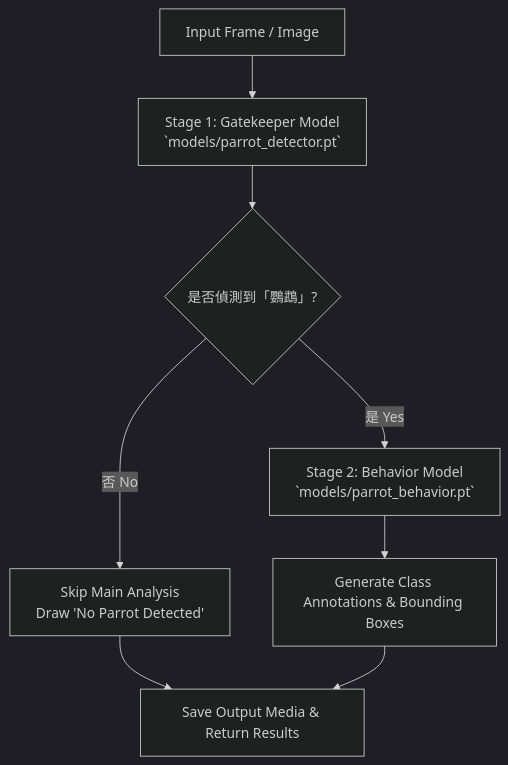
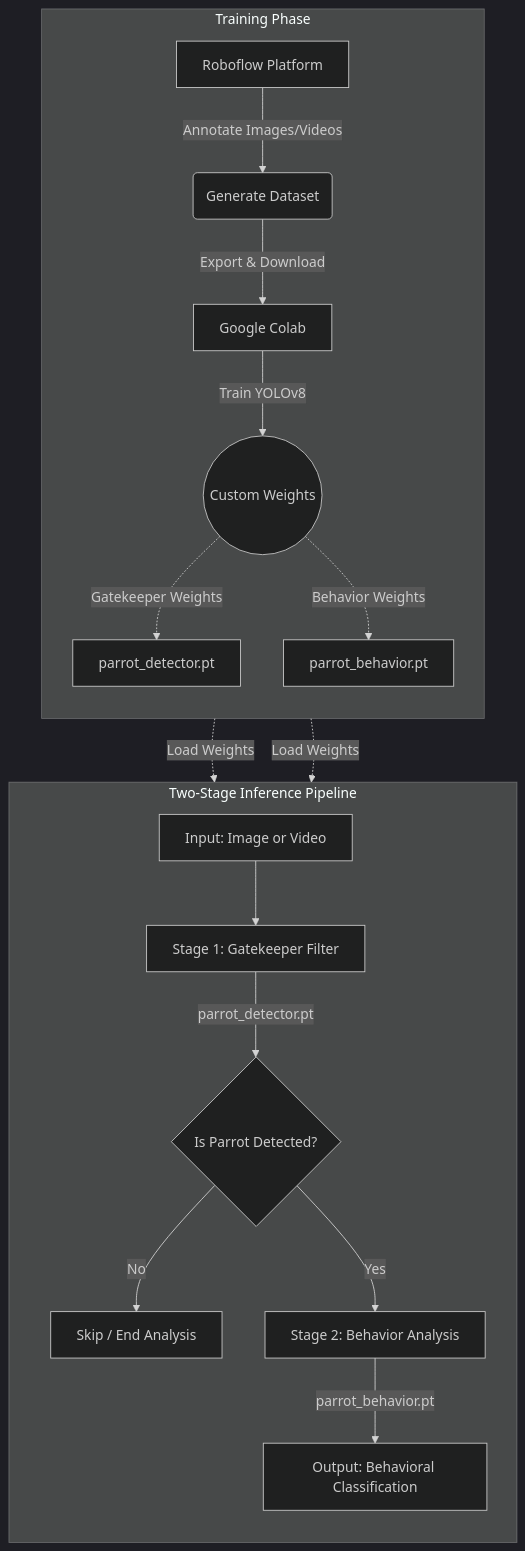
Before and after one commit to laura-chou/parrot-detection: the diagram in README.md, drawn with Mermaid (dark theme). The commit also changed other lines of this file, not shown here.

````diff
--- a/README.md
+++ b/README.md
@@ -23,10 +19,28 @@
 ```mermaid
-flowchart TD
-    A[Input Frame / Image] --> B[Stage 1: Gatekeeper Model\n`models/parrot_detector.pt`]
-    B --> C{是否偵測到「鸚鵡」?}
-    C -- 否 No --> D[Skip Main Analysis\nDraw 'No Parrot Detected']
-    C -- 是 Yes --> E[Stage 2: Behavior Model\n`models/parrot_behavior.pt`]
-    E --> F[Generate Class Annotations & Bounding Boxes]
-    D --> G[Save Output Media & Return Results]
-    F --> G
+graph TD
+    %% Training Phase
+    subgraph Training_Phase [Training Phase]
+        direction TB
+        A[Roboflow Platform] -->|Annotate Images/Videos| B(Generate Dataset)
+        B -->|Export & Download| C[Google Colab]
+        C -->|Train YOLOv8| D((Custom Weights))
+        D -.->|Gatekeeper Weights| gatekeeper_weight[parrot_detector.pt]
+        D -.->|Behavior Weights| behavior_weight[parrot_behavior.pt]
+    end
+
+    %% Inference Phase
+    subgraph Inference_Phase [Two-Stage Inference Pipeline]
+        direction TB
+        E[Input: Image or Video] --> F[Stage 1: Gatekeeper Filter]
+        F -->|parrot_detector.pt| G{Is Parrot Detected?}
+        
+        G -- No --> H[Skip / End Analysis]
+        G -- Yes --> I[Stage 2: Behavior Analysis]
+        
+        I -->|parrot_behavior.pt| J[Output: Behavioral Classification]
+    end
+
+    %% Model Associations
+    gatekeeper_weight -.->|Load Weights| F
+    behavior_weight -.->|Load Weights| I
 ```
````
